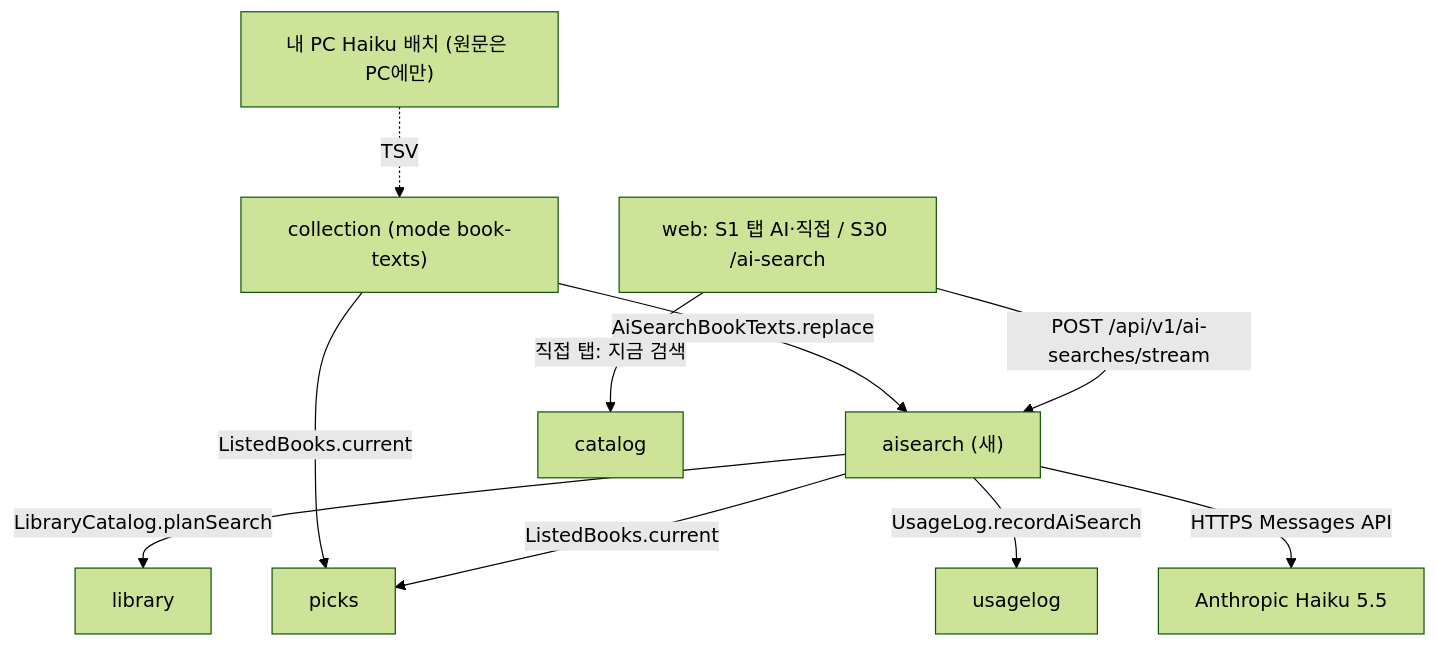
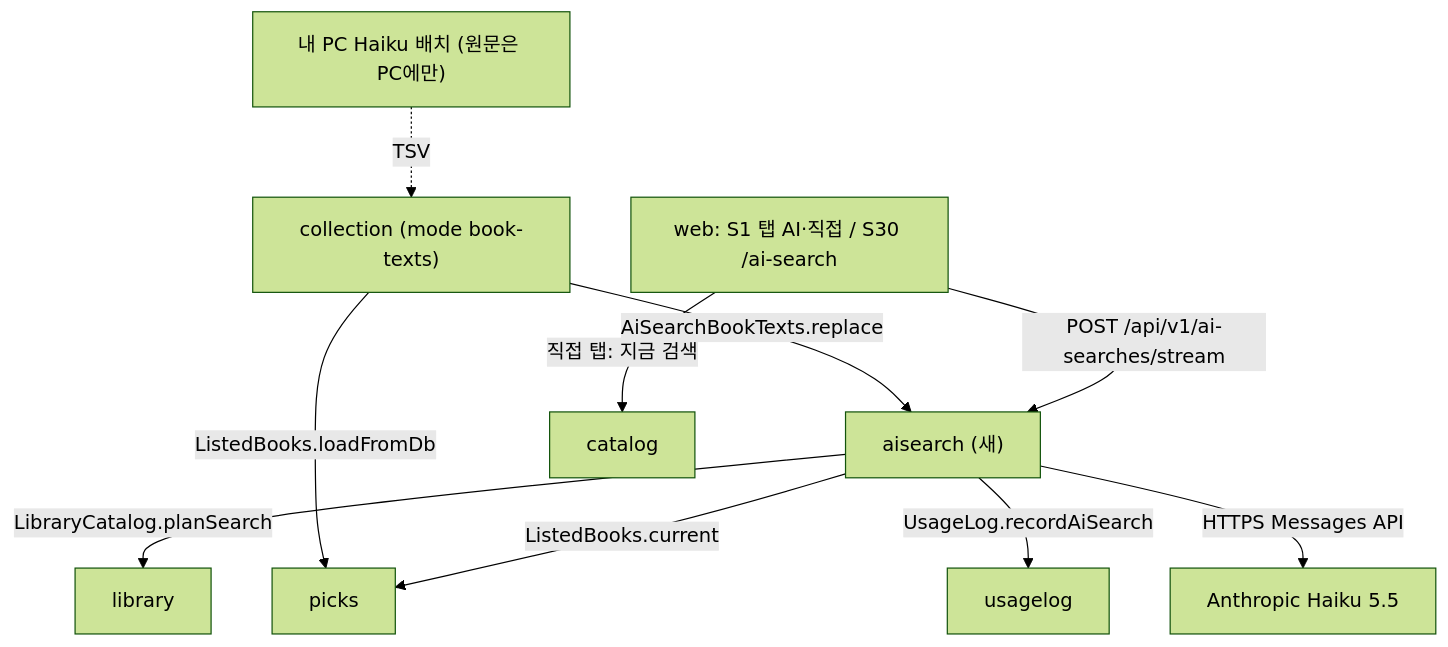
Before and after one commit to hodu-sketch/chaekcheck-plan: the first of 7 diagrams in docs/cycles/24-ai-book-search/design-delta.md, drawn with Mermaid (forest theme). The commit also changed other lines of this file and 8 other files, not shown here.

````diff
--- a/docs/cycles/24-ai-book-search/design-delta.md
+++ b/docs/cycles/24-ai-book-search/design-delta.md
@@ -24,12 +24,12 @@
 ```mermaid
 flowchart TB
   web["web: S1 탭 AI·직접 / S30 /ai-search"] -->|POST /api/v1/ai-searches/stream| ais["aisearch (새)"]
   web -->|직접 탭: 지금 검색| cat["catalog"]
   ais -->|ListedBooks.current| pk["picks"]
   ais -->|LibraryCatalog.planSearch| lib["library"]
   ais -->|UsageLog.recordAiSearch| ul["usagelog"]
   ais -->|HTTPS Messages API| ant["Anthropic Haiku 5.5"]
   col["collection (mode book-texts)"] -->|AiSearchBookTexts.replace| ais
-  col -->|ListedBooks.current| pk
+  col -->|ListedBooks.loadFromDb| pk
   pc["내 PC Haiku 배치 (원문은 PC에만)"] -.TSV.-> col
 ```
````
